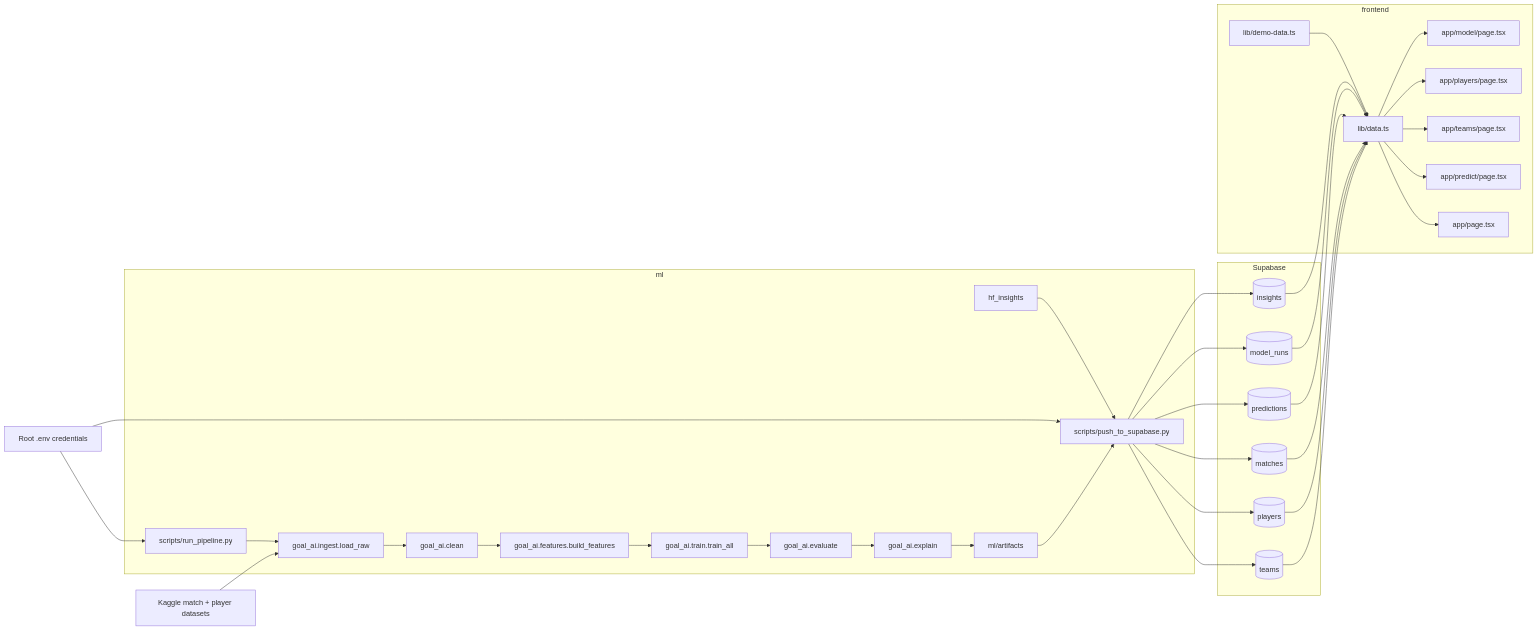
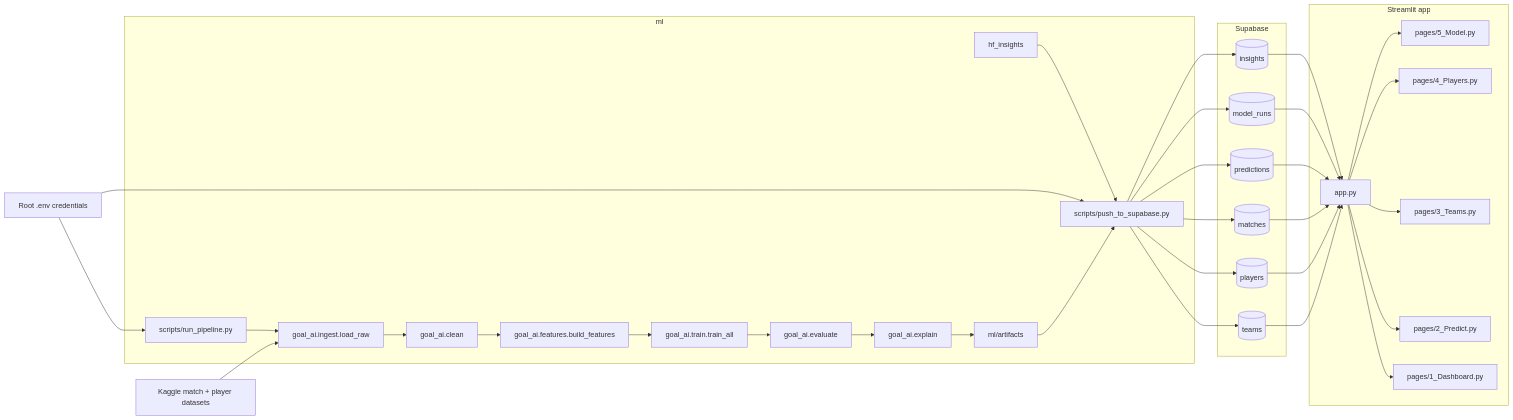
One commit to saiompatro/GOAL-AI changed the diagram in docs/graphify.md. Above: the diagram before and after it, drawn with Mermaid. The commit also changed other lines of this file and 259 other files, not shown here.

````diff
--- a/docs/graphify.md
+++ b/docs/graphify.md
@@ -7,65 +7,63 @@
 ```mermaid
 flowchart LR
     kaggle[Kaggle match + player datasets]
     env[Root .env credentials]
 
     subgraph ml[ml]
         ingest[goal_ai.ingest.load_raw]
         clean[goal_ai.clean]
         features[goal_ai.features.build_features]
         train[goal_ai.train.train_all]
         evaluate[goal_ai.evaluate]
         explain[goal_ai.explain]
         hf[hf_insights]
         pipeline[scripts/run_pipeline.py]
         push[scripts/push_to_supabase.py]
         artifacts[ml/artifacts]
     end
 
     subgraph db[Supabase]
         teams[(teams)]
         players[(players)]
         matches[(matches)]
         predictions[(predictions)]
         model_runs[(model_runs)]
         insights[(insights)]
     end
 
-    subgraph web[frontend]
-        data[lib/data.ts]
-        dashboard[app/page.tsx]
-        predict[app/predict/page.tsx]
-        teamsPage[app/teams/page.tsx]
-        playersPage[app/players/page.tsx]
-        modelPage[app/model/page.tsx]
-        demo[lib/demo-data.ts]
+    subgraph web[Streamlit app]
+        appentry[app.py]
+        dashboard[pages/1_Dashboard.py]
+        predict[pages/2_Predict.py]
+        teamsPage[pages/3_Teams.py]
+        playersPage[pages/4_Players.py]
+        modelPage[pages/5_Model.py]
     end
 
     kaggle --> ingest
     env --> pipeline
     env --> push
     pipeline --> ingest --> clean --> features --> train --> evaluate --> explain --> artifacts
     artifacts --> push
     hf --> push
 
     push --> teams
     push --> players
     push --> matches
     push --> predictions
     push --> model_runs
     push --> insights
 
-    teams --> data
-    players --> data
-    matches --> data
-    predictions --> data
-    model_runs --> data
-    insights --> data
-    demo --> data
+    teams --> appentry
+    players --> appentry
+    matches --> appentry
+    predictions --> appentry
+    model_runs --> appentry
+    insights --> appentry
 
-    data --> dashboard
-    data --> predict
-    data --> teamsPage
-    data --> playersPage
-    data --> modelPage
+    appentry --> dashboard
+    appentry --> predict
+    appentry --> teamsPage
+    appentry --> playersPage
+    appentry --> modelPage
 ```
````
